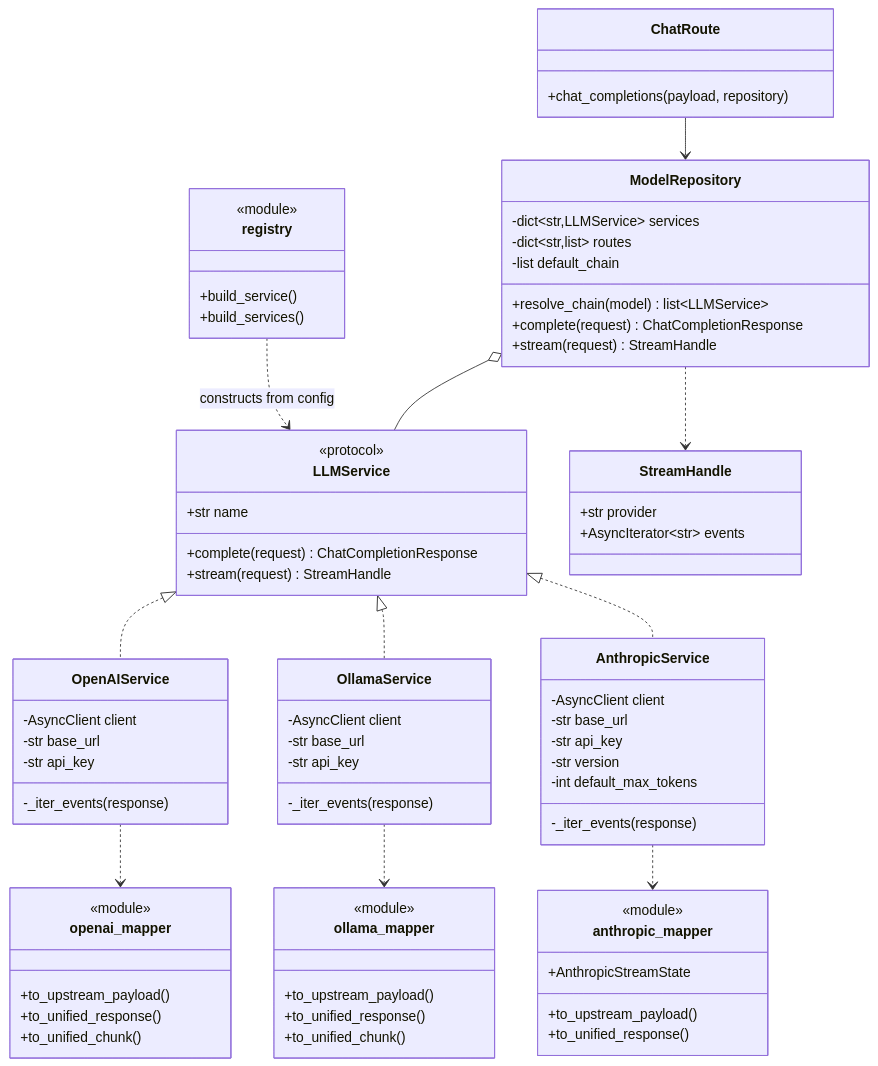
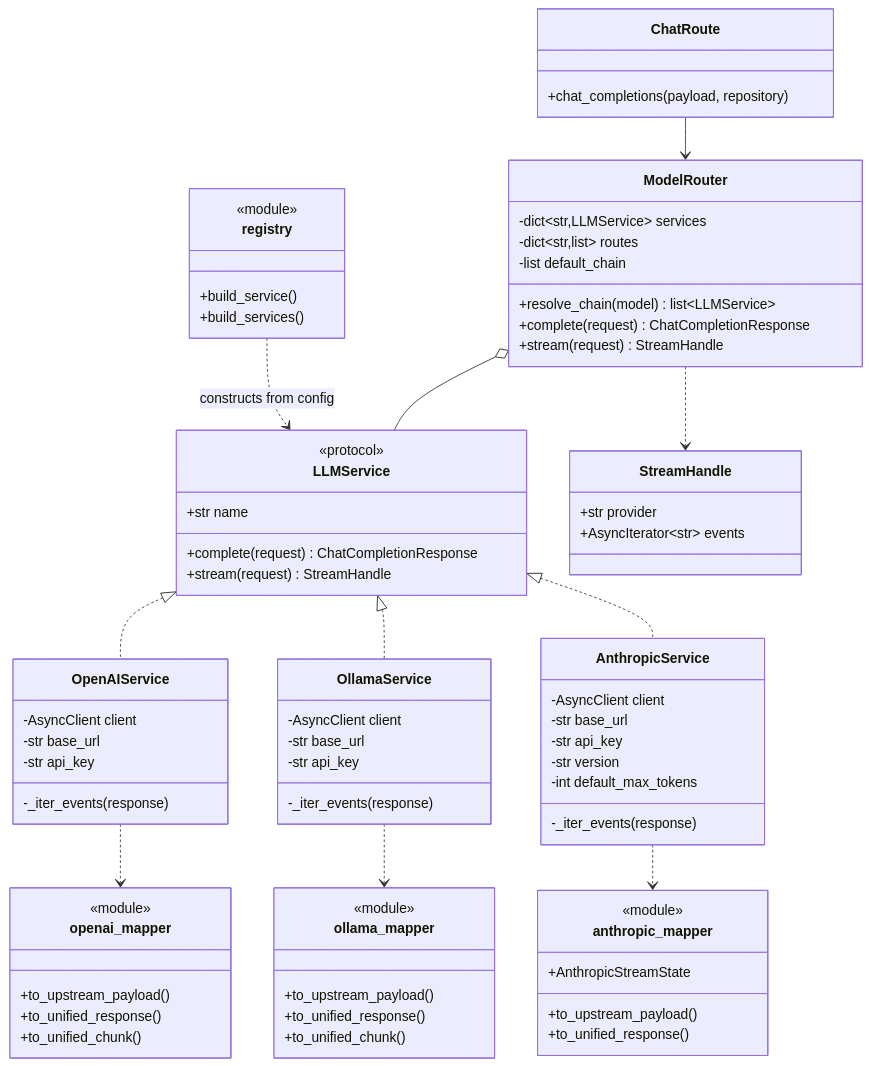
One commit to Shivam60/ic4-digital-ocean changed the second of 2 diagrams in README.md. Above: the diagram before and after it, drawn with Mermaid. The commit also changed other lines of this file and 6 other files, not shown here.

First line of the commit message:
refactor: rename ModelRepository to ModelRouter

```diff
--- a/README.md
+++ b/README.md
@@ -92,7 +92,7 @@
         +chat_completions(payload, repository)
     }
 
-    class ModelRepository {
+    class ModelRouter {
         -dict~str,LLMService~ services
         -dict~str,list~ routes
         -list default_chain
@@ -163,9 +163,9 @@
         +build_services()
     }
 
-    ChatRoute --> ModelRepository
-    ModelRepository o-- LLMService
-    ModelRepository ..> StreamHandle
+    ChatRoute --> ModelRouter
+    ModelRouter o-- LLMService
+    ModelRouter ..> StreamHandle
     LLMService <|.. OpenAIService
     LLMService <|.. OllamaService
     LLMService <|.. AnthropicService
```
